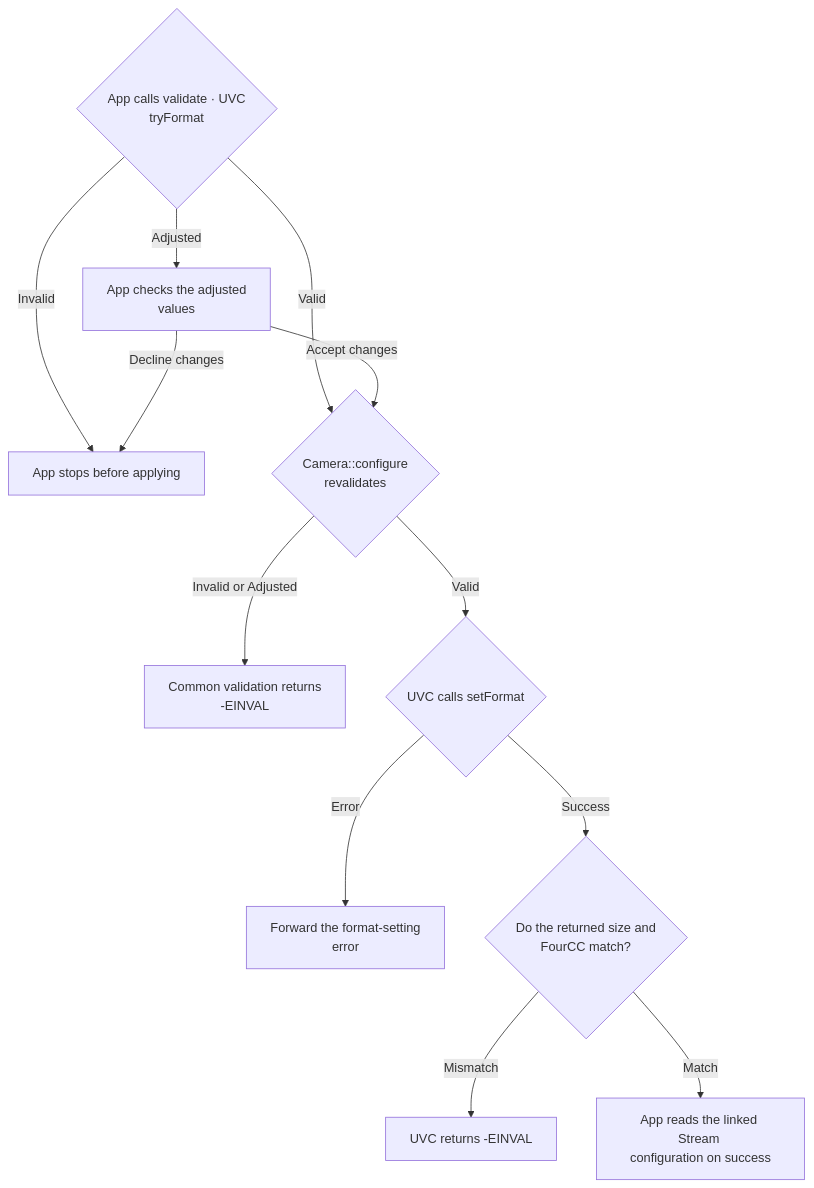
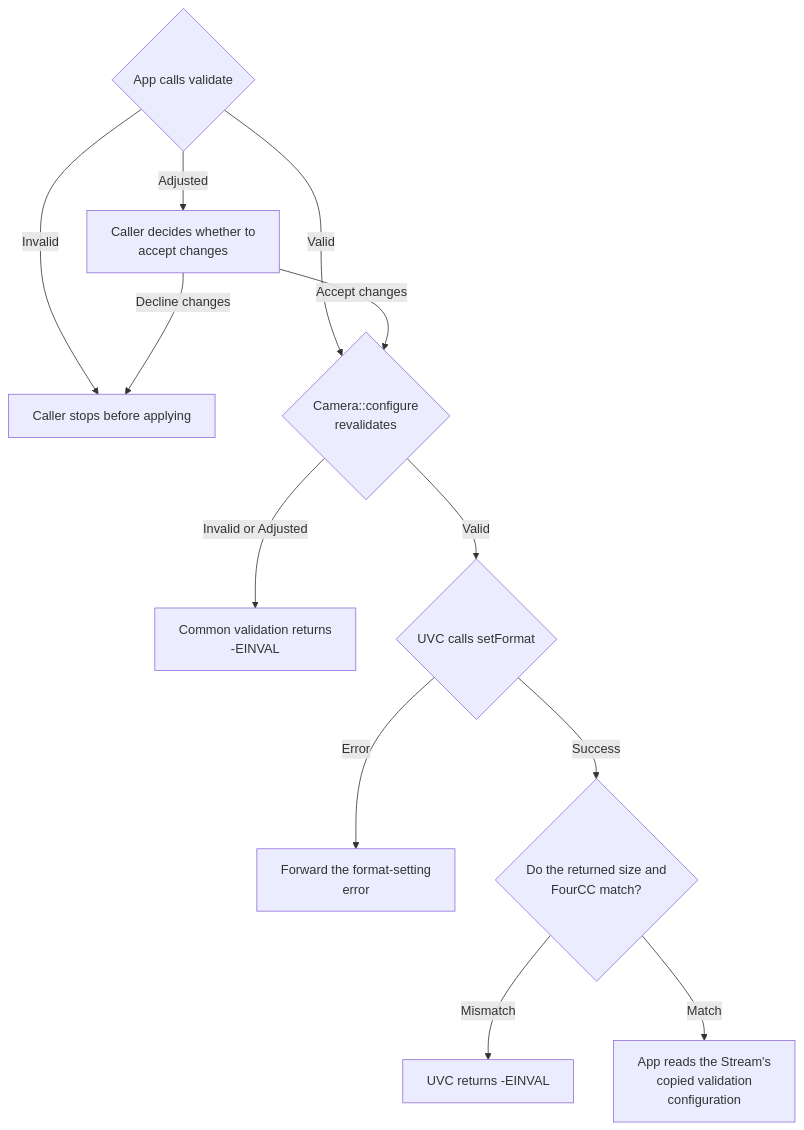
The diagram in docs/en/scenarios/uvc-viewfinder-configuration.uvc-viewfinder-format-checks.mmd (TTolsun/libcamera-sdd), drawn with Mermaid before and after one commit. The commit also changed 36 other files, not shown here.

Commit message:
Clarify the UVC guide example and the origin of active stream fields

```diff
--- a/docs/en/scenarios/uvc-viewfinder-configuration.uvc-viewfinder-format-checks.mmd
+++ b/docs/en/scenarios/uvc-viewfinder-configuration.uvc-viewfinder-format-checks.mmd
@@ -1,23 +1,23 @@
 flowchart TB
 
-  v_validate{"App calls validate · UVC <br/>tryFormat"}
-  v_inspect["App checks the adjusted <br/>values"]
-  v_stop["App stops before applying"]
+  v_validate{"App calls validate"}
+  v_inspect["Caller decides whether to <br/>accept changes"]
+  v_stop["Caller stops before applying"]
   v_gate{"Camera::configure <br/>revalidates"}
   v_reject["Common validation returns <br/>-EINVAL"]
   v_apply{"UVC calls setFormat"}
   v_error["Forward the format-setting <br/>error"]
   v_compare{"Do the returned size and <br/>FourCC match?"}
   v_mismatch["UVC returns -EINVAL"]
-  v_linked["App reads the linked Stream <br/>configuration on success"]
+  v_linked["App reads the Stream#39;s <br/>copied validation <br/>configuration"]
   v_validate -->|"Adjusted"| v_inspect
   v_validate -->|"Invalid"| v_stop
   v_validate -->|"Valid"| v_gate
   v_inspect -->|"Accept changes"| v_gate
   v_inspect -->|"Decline changes"| v_stop
   v_gate -->|"Valid"| v_apply
   v_gate -->|"Invalid or Adjusted"| v_reject
   v_apply -->|"Error"| v_error
   v_apply -->|"Success"| v_compare
   v_compare -->|"Mismatch"| v_mismatch
   v_compare -->|"Match"| v_linked
```
